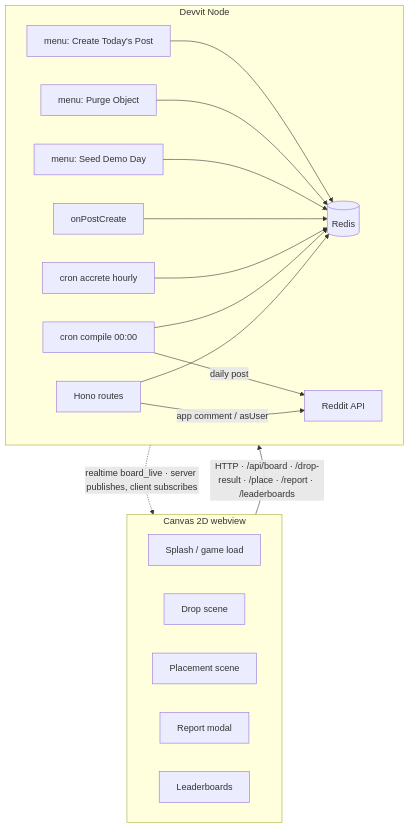
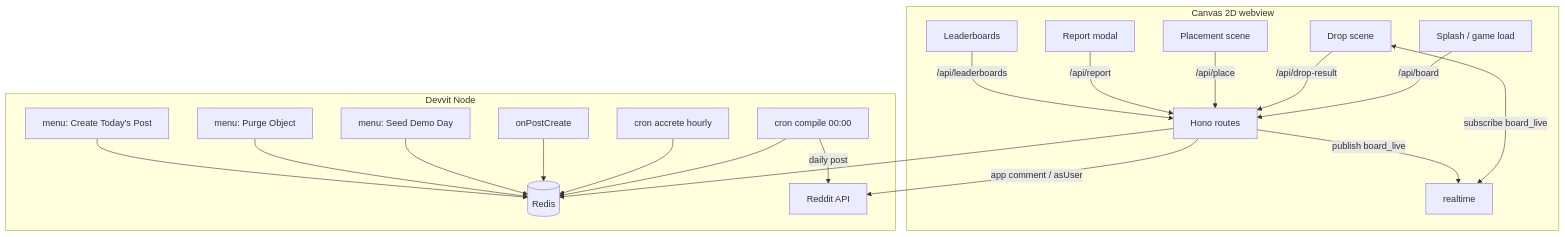
One commit to edycutjong/grudgeball changed the diagram in ARCHITECTURE.md. Above: the diagram before and after it, drawn with Mermaid. The commit also changed 1 other file, not shown here.

Commit message:
docs: restore detailed per-endpoint mermaid diagram (accept mermaid auto-layout; keep README/ARCHITECTURE in sync + realtime publish edge)

````diff
--- a/ARCHITECTURE.md
+++ b/ARCHITECTURE.md
@@ -18,25 +18,23 @@
 ```mermaid
 flowchart TD
   subgraph Client [Canvas 2D webview]
-    direction LR
-    Sp[Splash / game load]
-    A[Drop scene]
-    B[Placement scene]
-    C[Report modal]
-    Lb[Leaderboards]
+    Sp[Splash / game load] -->|/api/board| S
+    A[Drop scene] -->|/api/drop-result| S
+    B[Placement scene] -->|/api/place| S
+    C[Report modal] -->|/api/report| S
+    Lb[Leaderboards] -->|/api/leaderboards| S
+    A <-->|subscribe board_live| RT[realtime]
   end
   subgraph Server [Devvit Node]
-    direction LR
     S[Hono routes] --> R[(Redis)]
     CR1[cron compile 00:00] --> R
     CR2[cron accrete hourly] --> R
     TR[onPostCreate] --> R
     M1[menu: Seed Demo Day] --> R
     M2[menu: Purge Object] --> R
     M3[menu: Create Today's Post] --> R
     S -->|app comment / asUser| RED[Reddit API]
     CR1 -->|daily post| RED
   end
-  Client -->|"HTTP · /api/board · /drop-result · /place · /report · /leaderboards"| Server
-  Server -.->|"realtime board_live · server publishes, client subscribes"| Client
+  S -->|publish board_live| RT
 ```
````
